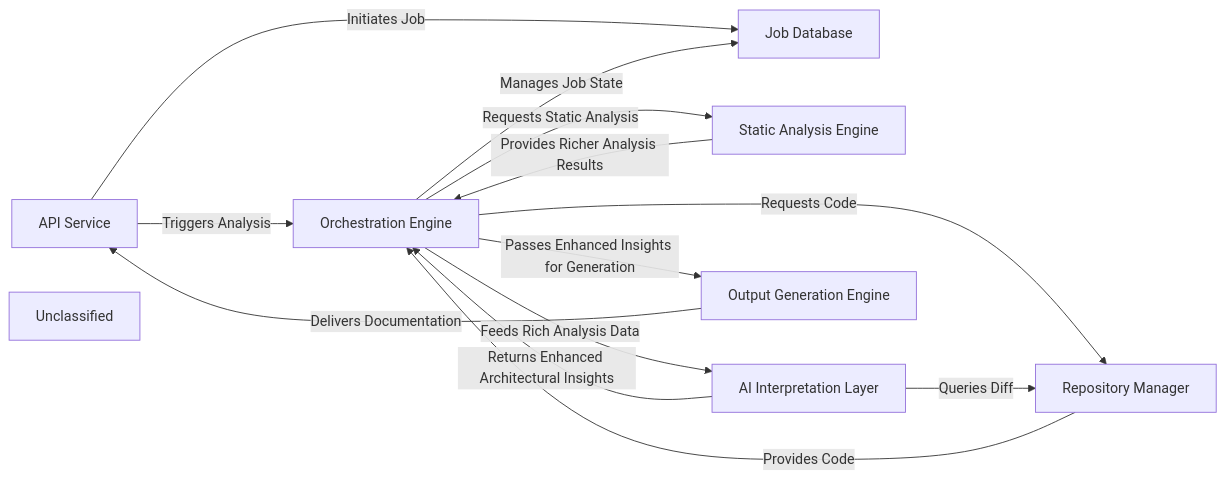
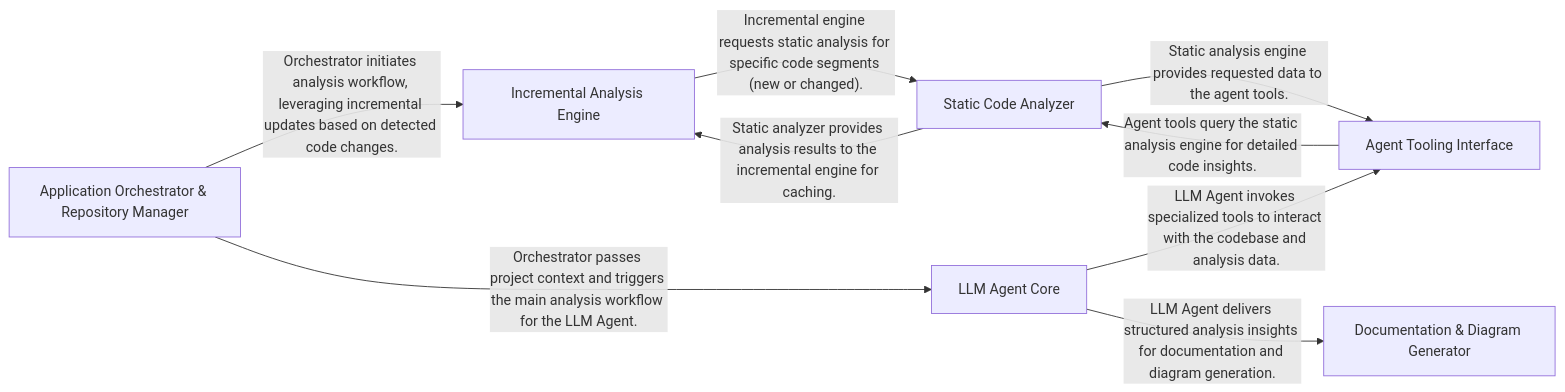
One commit to CodeBoarding/CodeBoarding changed the diagram in README.md. Above: the diagram before and after it, drawn with Mermaid. The commit also changed other lines of this file and 1 other file, not shown here.

````diff
--- a/README.md
+++ b/README.md
@@ -34,29 +37,23 @@
 ```mermaid
 graph LR
-    API_Service["API Service"]
-    Job_Database["Job Database"]
-    Orchestration_Engine["Orchestration Engine"]
-    Repository_Manager["Repository Manager"]
-    Static_Analysis_Engine["Static Analysis Engine"]
-    AI_Interpretation_Layer["AI Interpretation Layer"]
-    Output_Generation_Engine["Output Generation Engine"]
-    Unclassified["Unclassified"]
-    API_Service -- " Initiates Job " --> Job_Database
-    API_Service -- " Triggers Analysis " --> Orchestration_Engine
-    Orchestration_Engine -- " Manages Job State " --> Job_Database
-    Orchestration_Engine -- " Requests Code " --> Repository_Manager
-    Repository_Manager -- " Provides Code " --> Orchestration_Engine
-    Orchestration_Engine -- " Requests Static Analysis " --> Static_Analysis_Engine
-    Static_Analysis_Engine -- " Provides Richer Analysis Results " --> Orchestration_Engine
-    Orchestration_Engine -- " Feeds Rich Analysis Data " --> AI_Interpretation_Layer
-    AI_Interpretation_Layer -- " Returns Enhanced Architectural Insights " --> Orchestration_Engine
-    AI_Interpretation_Layer -- " Queries Diff " --> Repository_Manager
-    Orchestration_Engine -- " Passes Enhanced Insights for Generation " --> Output_Generation_Engine
-    Output_Generation_Engine -- " Delivers Documentation " --> API_Service
-    click Job_Database href "https://github.com/CodeBoarding/CodeBoarding/blob/main/.codeboarding/Job_Database.md" "Details"
-    click Orchestration_Engine href "https://github.com/CodeBoarding/CodeBoarding/blob/main/.codeboarding/Orchestration_Engine.md" "Details"
-    click Repository_Manager href "https://github.com/CodeBoarding/CodeBoarding/blob/main/.codeboarding/Repository_Manager.md" "Details"
-    click Static_Analysis_Engine href "https://github.com/CodeBoarding/CodeBoarding/blob/main/.codeboarding/Static_Analysis_Engine.md" "Details"
-    click AI_Interpretation_Layer href "https://github.com/CodeBoarding/CodeBoarding/blob/main/.codeboarding/AI_Interpretation_Layer.md" "Details"
-    click Output_Generation_Engine href "https://github.com/CodeBoarding/CodeBoarding/blob/main/.codeboarding/Output_Generation_Engine.md" "Details"
+    Application_Orchestrator_Repository_Manager["Application Orchestrator & Repository Manager"]
+    LLM_Agent_Core["LLM Agent Core"]
+    Static_Code_Analyzer["Static Code Analyzer"]
+    Agent_Tooling_Interface["Agent Tooling Interface"]
+    Incremental_Analysis_Engine["Incremental Analysis Engine"]
+    Documentation_Diagram_Generator["Documentation & Diagram Generator"]
+    Application_Orchestrator_Repository_Manager -- "Orchestrator initiates analysis workflow, leveraging incremental updates based on detected code changes." --> Incremental_Analysis_Engine
+    Application_Orchestrator_Repository_Manager -- "Orchestrator passes project context and triggers the main analysis workflow for the LLM Agent." --> LLM_Agent_Core
+    Incremental_Analysis_Engine -- "Incremental engine requests static analysis for specific code segments (new or changed)." --> Static_Code_Analyzer
+    Static_Code_Analyzer -- "Static analyzer provides analysis results to the incremental engine for caching." --> Incremental_Analysis_Engine
+    LLM_Agent_Core -- "LLM Agent invokes specialized tools to interact with the codebase and analysis data." --> Agent_Tooling_Interface
+    Agent_Tooling_Interface -- "Agent tools query the static analysis engine for detailed code insights." --> Static_Code_Analyzer
+    Static_Code_Analyzer -- "Static analysis engine provides requested data to the agent tools." --> Agent_Tooling_Interface
+    LLM_Agent_Core -- "LLM Agent delivers structured analysis insights for documentation and diagram generation." --> Documentation_Diagram_Generator
+    click Application_Orchestrator_Repository_Manager href "https://github.com/CodeBoarding/CodeBoarding/blob/main/.codeboarding/Application_Orchestrator_Repository_Manager.md" "Details"
+    click LLM_Agent_Core href "https://github.com/CodeBoarding/CodeBoarding/blob/main/.codeboarding/LLM_Agent_Core.md" "Details"
+    click Static_Code_Analyzer href "https://github.com/CodeBoarding/CodeBoarding/blob/main/.codeboarding/Static_Code_Analyzer.md" "Details"
+    click Agent_Tooling_Interface href "https://github.com/CodeBoarding/CodeBoarding/blob/main/.codeboarding/Agent_Tooling_Interface.md" "Details"
+    click Incremental_Analysis_Engine href "https://github.com/CodeBoarding/CodeBoarding/blob/main/.codeboarding/Incremental_Analysis_Engine.md" "Details"
+    click Documentation_Diagram_Generator href "https://github.com/CodeBoarding/CodeBoarding/blob/main/.codeboarding/Documentation_Diagram_Generator.md" "Details"
 ```
````
